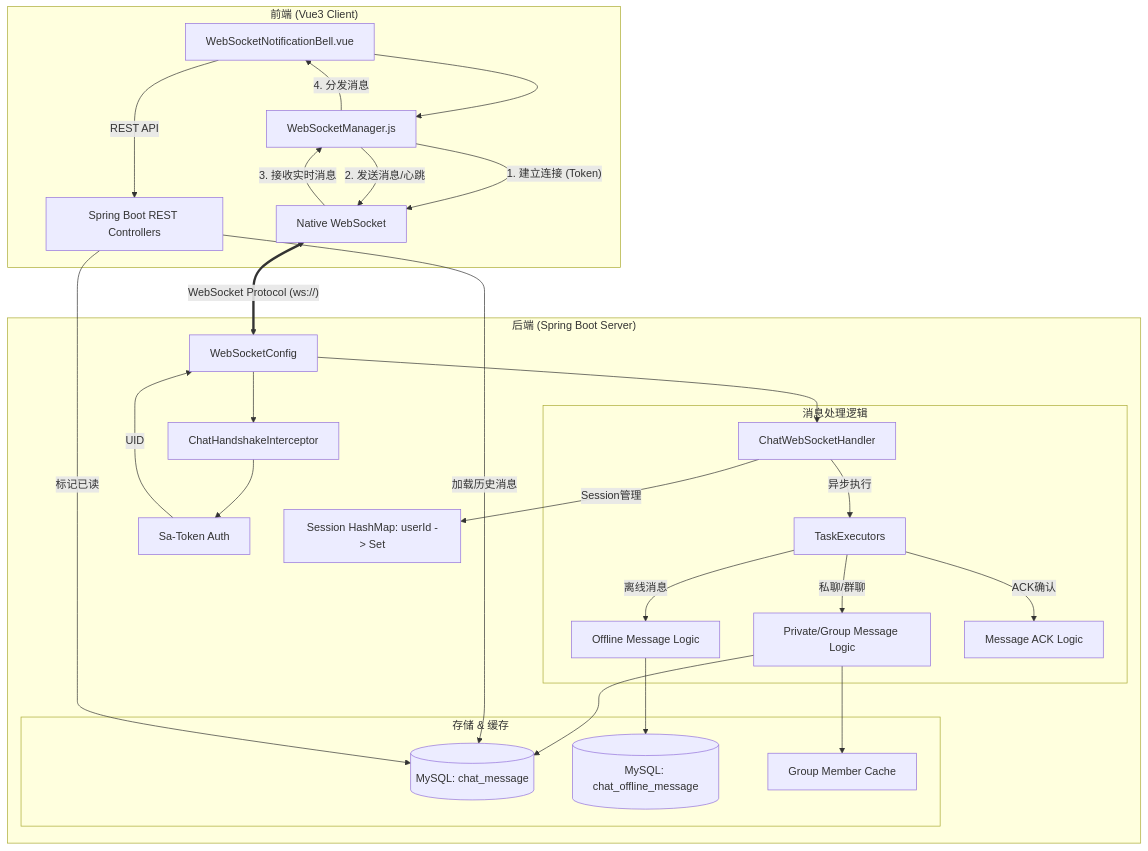
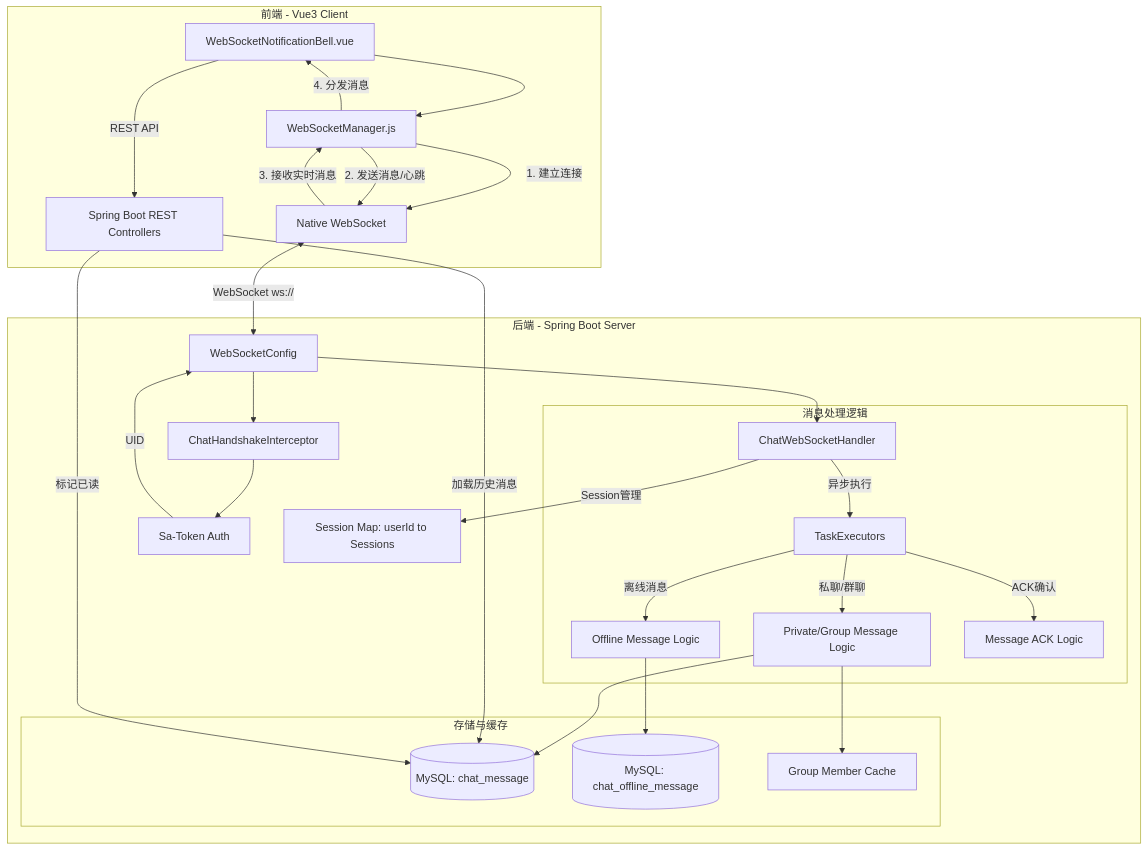
One commit to luis-ai-systems/luis-ai-systems.github.io changed the diagram in _posts/2026-03-24-websocket.md. Above: the diagram before and after it, drawn with Mermaid. The commit also changed other lines of this file and 3 other files, not shown here.

First line of the commit message:
🔧 Fix roadmap nav link + Mermaid diagram rendering

````diff
--- a/_posts/2026-03-24-websocket.md
+++ b/_posts/2026-03-24-websocket.md
@@ -31,38 +32,38 @@
 ```mermaid
 graph TD
-    subgraph "前端 (Vue3 Client)"
-        WSNB[WebSocketNotificationBell.vue] --> WSM[WebSocketManager.js]
-        WSM -->|"1. 建立连接 (Token)"| WS_NATIVE[Native WebSocket]
+    subgraph FE["前端 - Vue3 Client"]
+        WSNB["WebSocketNotificationBell.vue"] --> WSM["WebSocketManager.js"]
+        WSM -->|"1. 建立连接"| WS_NATIVE["Native WebSocket"]
         WSM -->|"2. 发送消息/心跳"| WS_NATIVE
         WS_NATIVE -->|"3. 接收实时消息"| WSM
         WSM -->|"4. 分发消息"| WSNB
-        WSNB -->|"REST API"| API_GATEWAY[Spring Boot REST Controllers]
+        WSNB -->|"REST API"| API_GATEWAY["Spring Boot REST Controllers"]
     end
 
-    subgraph "后端 (Spring Boot Server)"
-        WS_NATIVE <==>|"WebSocket Protocol (ws://)"| WS_CONFIG[WebSocketConfig]
-        WS_CONFIG --> HSI[ChatHandshakeInterceptor]
-        HSI --> ST[Sa-Token Auth]
+    subgraph BE["后端 - Spring Boot Server"]
+        WS_NATIVE <-->|"WebSocket ws://"| WS_CONFIG["WebSocketConfig"]
+        WS_CONFIG --> HSI["ChatHandshakeInterceptor"]
+        HSI --> ST["Sa-Token Auth"]
         ST -->|"UID"| WS_CONFIG
-        
-        WS_CONFIG --> CWH[ChatWebSocketHandler]
-        
-        subgraph "消息处理逻辑"
-            CWH -->|"异步执行"| TE[TaskExecutors]
-            TE -->|"私聊/群聊"| PMG[Private/Group Message Logic]
-            TE -->|"离线消息"| OM[Offline Message Logic]
-            TE -->|"ACK确认"| ACK[Message ACK Logic]
+
+        WS_CONFIG --> CWH["ChatWebSocketHandler"]
+
+        subgraph MSG["消息处理逻辑"]
+            CWH -->|"异步执行"| TE["TaskExecutors"]
+            TE -->|"私聊/群聊"| PMG["Private/Group Message Logic"]
+            TE -->|"离线消息"| OM["Offline Message Logic"]
+            TE -->|"ACK确认"| ACK["Message ACK Logic"]
         end
 
-        subgraph "存储 & 缓存"
-            PMG --> DB_MSG[(MySQL: chat_message)]
-            OM --> DB_OFFLINE[(MySQL: chat_offline_message)]
-            PMG --> CACHE_GROUP[Group Member Cache]
+        subgraph STORE["存储与缓存"]
+            PMG --> DB_MSG[("MySQL: chat_message")]
+            OM --> DB_OFFLINE[("MySQL: chat_offline_message")]
+            PMG --> CACHE_GROUP["Group Member Cache"]
         end
-        
-        CWH -->|"Session管理"| SM[Session HashMap: userId -> Set<WebSocketSession>]
+
+        CWH -->|"Session管理"| SM["Session Map: userId to Sessions"]
     end
 
     API_GATEWAY -->|"加载历史消息"| DB_MSG
     API_GATEWAY -->|"标记已读"| DB_MSG
 ```
````
